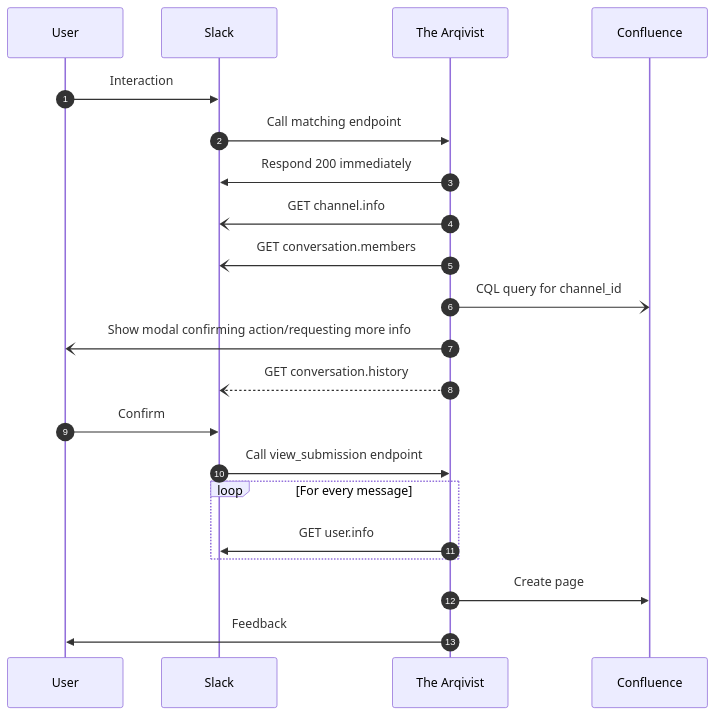
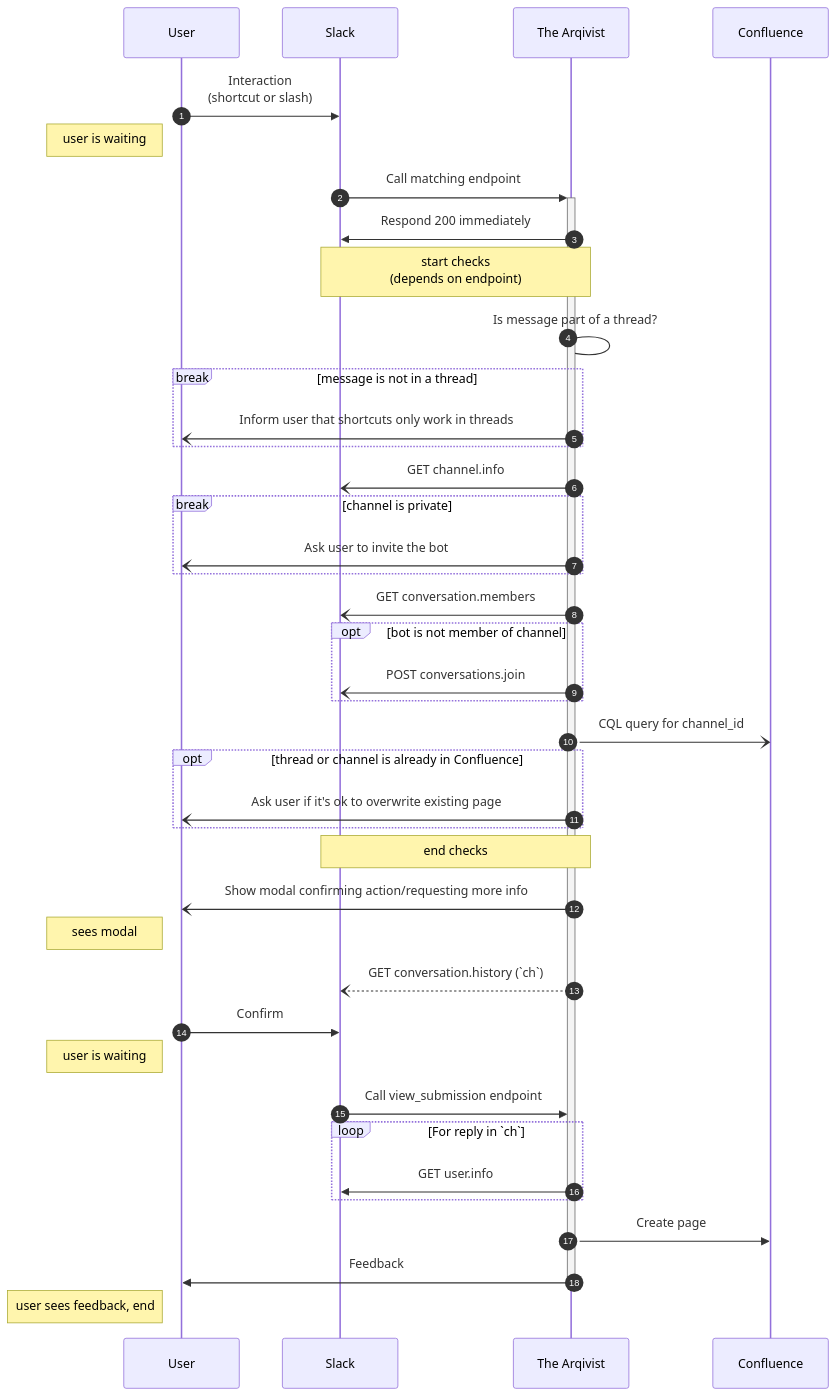
One commit to jcpsantiago/thearqivist changed the diagram in docs/internals.md. Above: the diagram before and after it, drawn with Mermaid.

Commit message:
add fuller picture of interactions

````diff
--- a/docs/internals.md
+++ b/docs/internals.md
@@ -3,23 +3,42 @@
 ```mermaid
 sequenceDiagram
     autonumber
     participant U as User
     participant S as Slack
     participant A as The Arqivist
     participant C as Confluence
-    U->>S: Interaction
-    S->>A: Call matching endpoint
+    U->>S: Interaction<br>(shortcut or slash)
+    Note left of U: user is waiting
+    S->>+A: Call matching endpoint
     A->>S: Respond 200 immediately
+    Note over S,A: start checks<br>(depends on endpoint)
+    A->A: Is message part of a thread?
+    break message is not in a thread
+        A-)U: Inform user that shortcuts only work in threads
+    end
     A-)S: GET channel.info
+    break channel is private
+        A-)U: Ask user to invite the bot
+    end
     A-)S: GET conversation.members
+    opt bot is not member of channel
+        A-)S: POST conversations.join
+    end
     A-)C: CQL query for channel_id
+    opt thread or channel is already in Confluence
+        A-)U: Ask user if it's ok to overwrite existing page
+    end
+    Note over S,A: end checks
     A-)U: Show modal confirming action/requesting more info
-    A--)S: GET conversation.history
+    Note left of U: sees modal
+    A--)S: GET conversation.history (`ch`)
     U->>S: Confirm
+    Note left of U: user is waiting
     S->>A: Call view_submission endpoint
-    loop For every message
+    loop For reply in `ch`
         A->>S: GET user.info
     end
     A->>C: Create page
-    A->>U: Feedback
+    A->>-U: Feedback
+    Note left of U: user sees feedback, end
 ```
````
